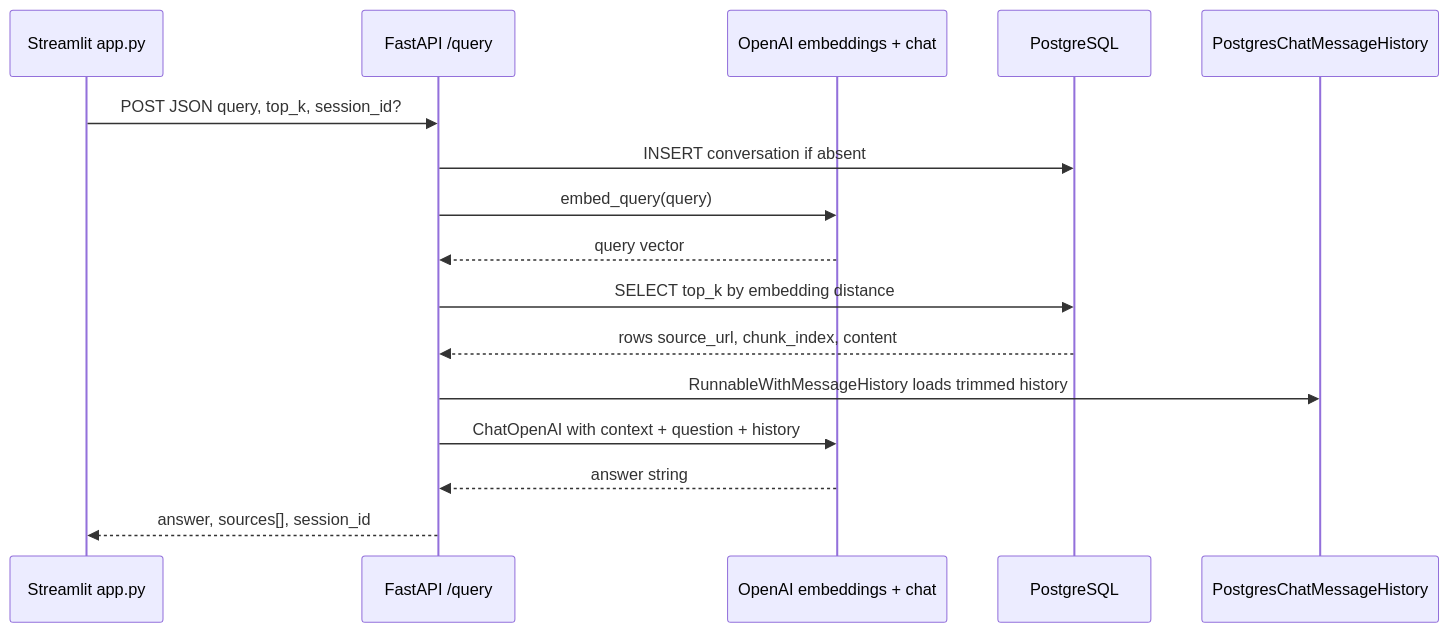
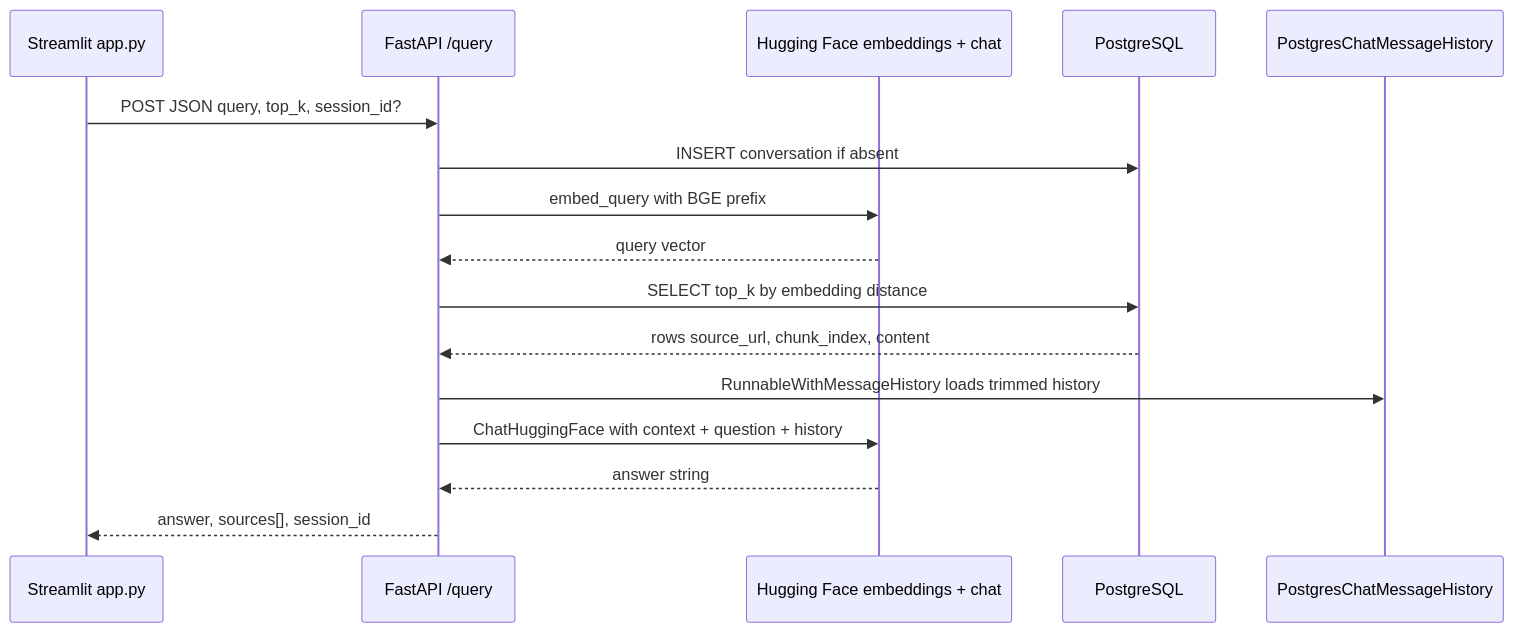
The first of 4 diagrams in docs/rag-query-flow.md (mattburnett-repo/chat-mvp), drawn with Mermaid before and after one commit. The commit also changed other lines of this file and 13 other files, not shown here.

````diff
--- a/docs/rag-query-flow.md
+++ b/docs/rag-query-flow.md
@@ -7,19 +7,19 @@
 ```mermaid
 sequenceDiagram
   participant ST as Streamlit app.py
   participant API as FastAPI /query
-  participant OAI as OpenAI embeddings + chat
+  participant HF as Hugging Face embeddings + chat
   participant PG as PostgreSQL
   participant H as PostgresChatMessageHistory
 
   ST->>API: POST JSON query, top_k, session_id?
   API->>PG: INSERT conversation if absent
-  API->>OAI: embed_query(query)
-  OAI-->>API: query vector
+  API->>HF: embed_query with BGE prefix
+  HF-->>API: query vector
   API->>PG: SELECT top_k by embedding distance
   PG-->>API: rows source_url, chunk_index, content
   API->>H: RunnableWithMessageHistory loads trimmed history
-  API->>OAI: ChatOpenAI with context + question + history
-  OAI-->>API: answer string
+  API->>HF: ChatHuggingFace with context + question + history
+  HF-->>API: answer string
   API-->>ST: answer, sources[], session_id
 ```
````
